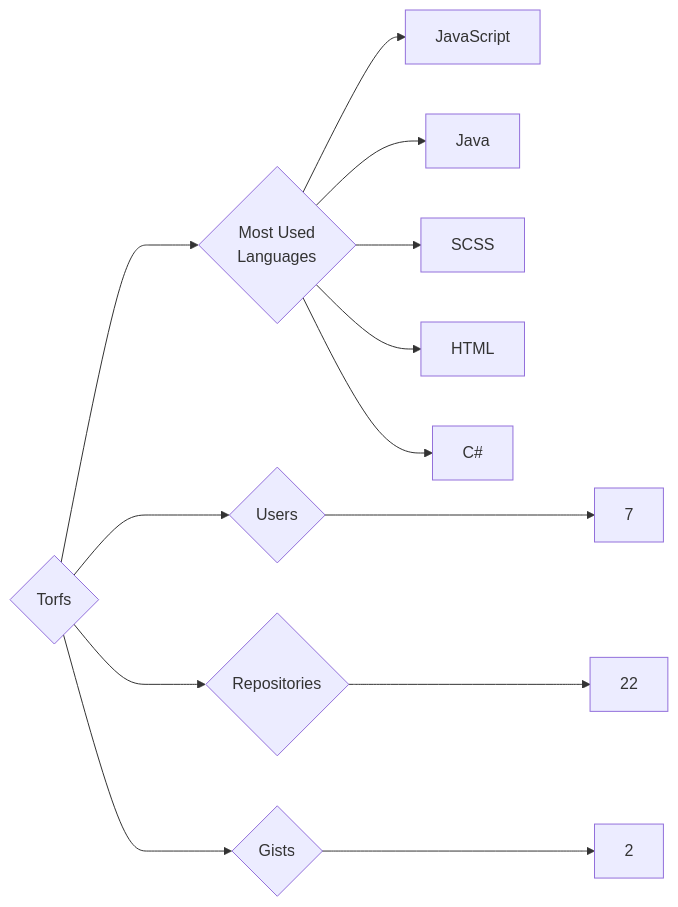
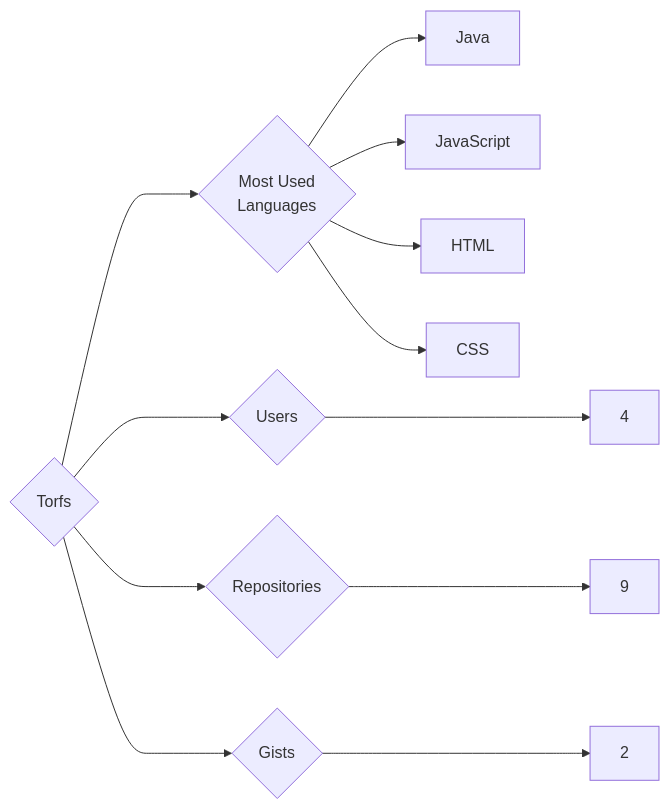
Before and after one commit to trickest/insiders: the diagram in targets/Torfs/README.md, drawn with Mermaid. The commit also changed 920 other files, not shown here.

````diff
--- a/targets/Torfs/README.md
+++ b/targets/Torfs/README.md
@@ -3,13 +3,12 @@
 ```mermaid
 graph LR
 COMPANY_NAME{Torfs}
-COMPANY_NAME ---> U{Users} ---> UN[7]
-COMPANY_NAME ---> R{Repositories} ---> RN[22]
+COMPANY_NAME ---> U{Users} ---> UN[4]
+COMPANY_NAME ---> R{Repositories} ---> RN[9]
 COMPANY_NAME ---> G{Gists} ---> GN[2]
 COMPANY_NAME ---> ML{Most Used<br>Languages}
+ML --> Java[Java]
 ML --> JavaScript[JavaScript]
-ML --> Java[Java]
-ML --> SCSS[SCSS]
 ML --> HTML[HTML]
-ML --> C#[C#]
+ML --> CSS[CSS]
 ```
````
